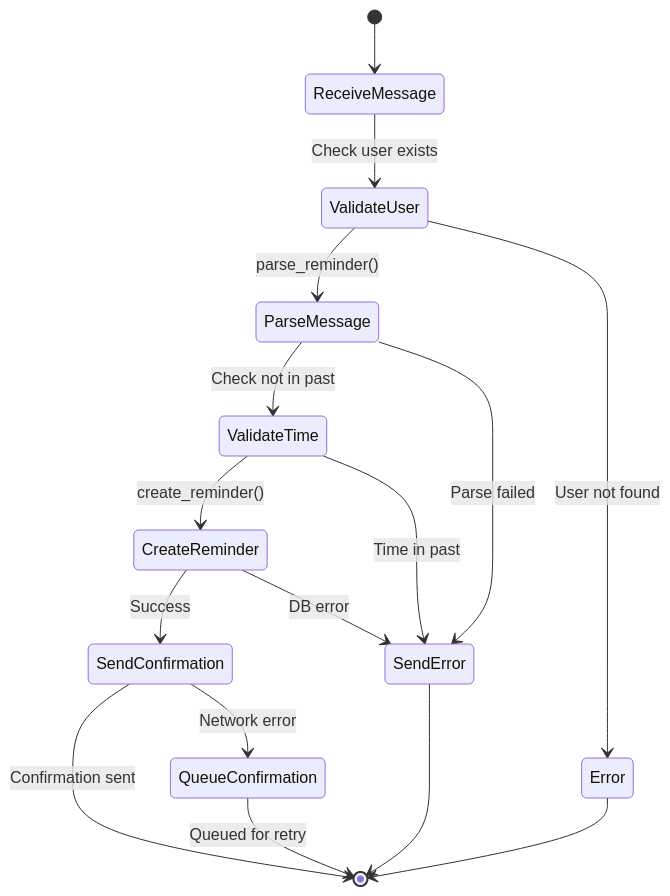
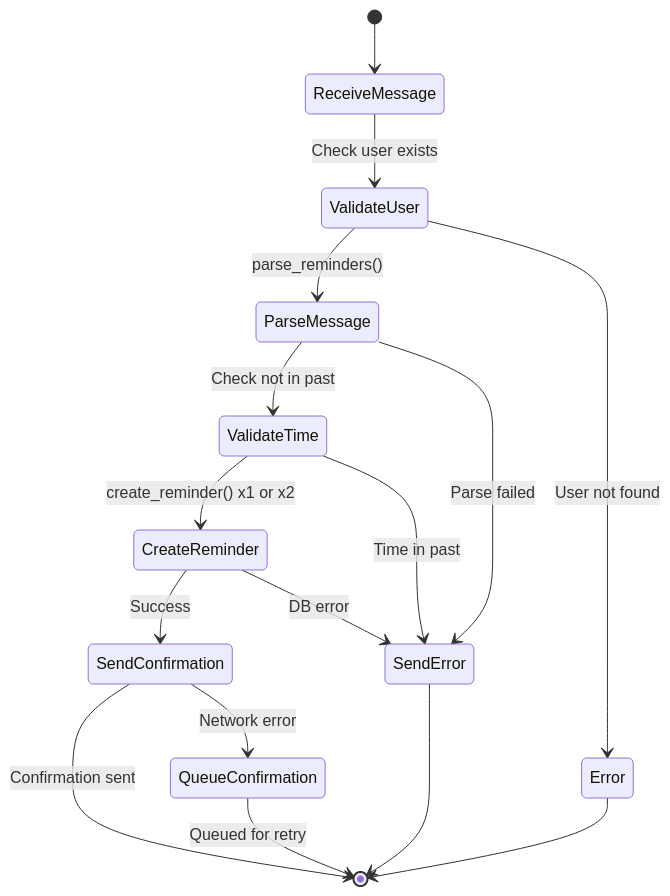
Before and after one commit to cukovicmilos/Kosmos: the second of 12 diagrams in State_Machine.md, drawn with Mermaid. The commit also changed other lines of this file and 6 other files, not shown here.

First line of the commit message:
Add 2-in-1 reminders from one message with two times.

````diff
--- a/State_Machine.md
+++ b/State_Machine.md
@@ -35,20 +35,20 @@
 ```mermaid
 stateDiagram-v2
     [*] --> ReceiveMessage
     ReceiveMessage --> ValidateUser: Check user exists
-    ValidateUser --> ParseMessage: parse_reminder()
+    ValidateUser --> ParseMessage: parse_reminders()
     ParseMessage --> ValidateTime: Check not in past
-    ValidateTime --> CreateReminder: create_reminder()
+    ValidateTime --> CreateReminder: create_reminder() x1 or x2
     CreateReminder --> SendConfirmation: Success
     SendConfirmation --> [*]: Confirmation sent
 
     ValidateUser --> Error: User not found
     ParseMessage --> SendError: Parse failed
     ValidateTime --> SendError: Time in past
     CreateReminder --> SendError: DB error
     SendConfirmation --> QueueConfirmation: Network error
     QueueConfirmation --> [*]: Queued for retry
 
     Error --> [*]
     SendError --> [*]
 ```
````
